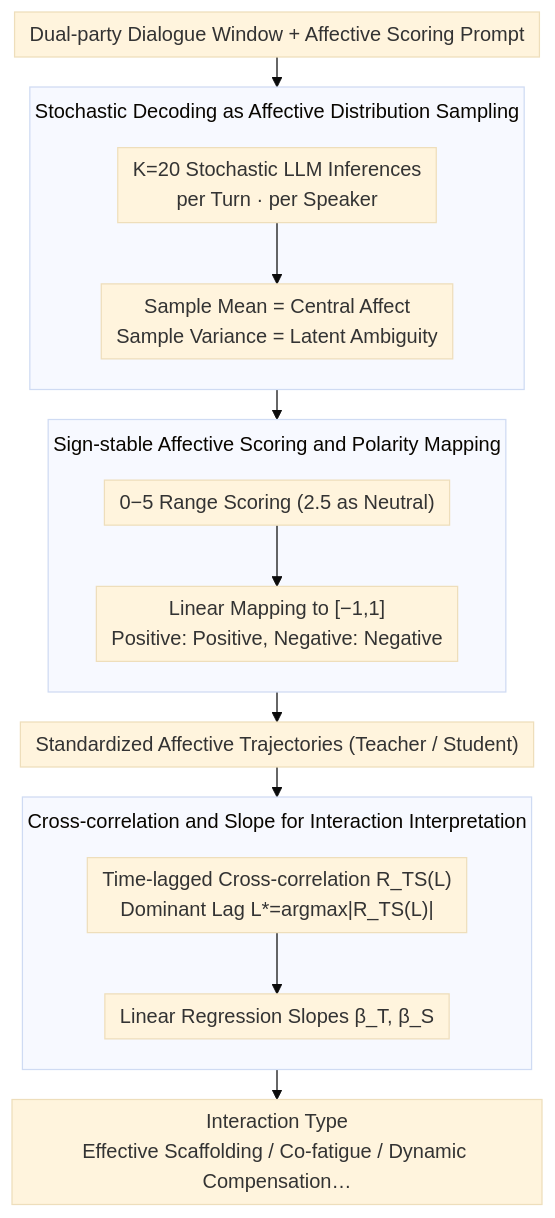
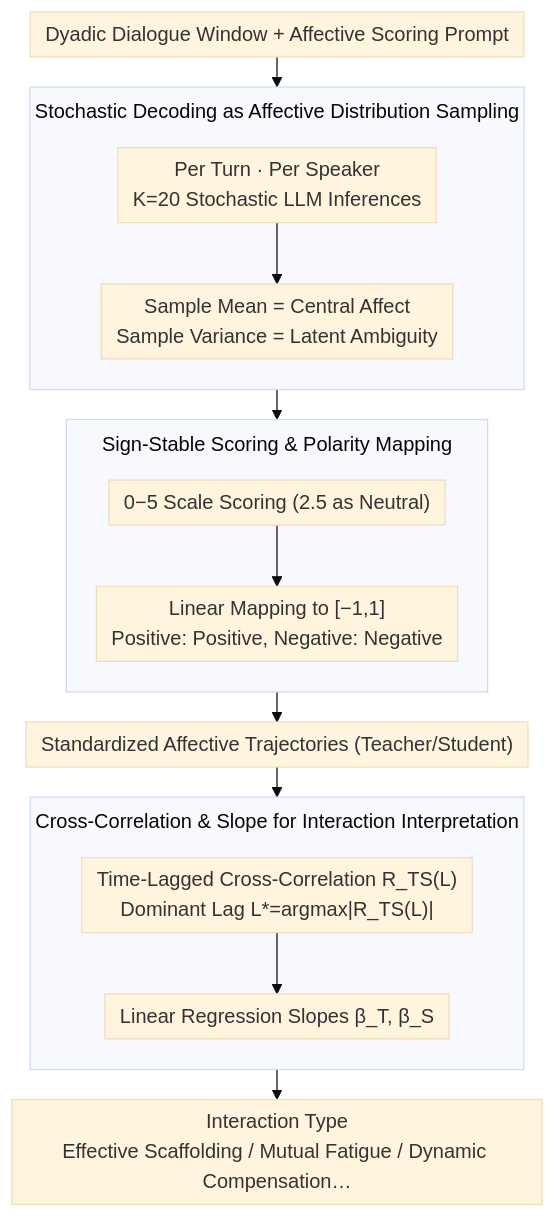
Before and after one commit to zhaoyang97/Paper-Notes-en: the diagram in docs/ACL2026/audio_speech/llm-mc-affect_llm-based_monte_carlo_modeling_of_affective_trajectories_and_laten.md, drawn with Mermaid (base theme). The commit also changed other lines of this file and 5084 other files, not shown here.

````diff
--- a/docs/ACL2026/audio_speech/llm-mc-affect_llm-based_monte_carlo_modeling_of_affective_trajectories_and_laten.md
+++ b/docs/ACL2026/audio_speech/llm-mc-affect_llm-based_monte_carlo_modeling_of_affective_trajectories_and_laten.md
@@ -44,21 +44,21 @@
 ```mermaid
 %%{init: {'flowchart': {'rankSpacing': 24, 'nodeSpacing': 28, 'padding': 6, 'wrappingWidth': 400, 'subGraphTitleMargin': {'top': 8, 'bottom': 16}}}}%%
 flowchart TD
-    A["Dual-party Dialogue Window + Affective Scoring Prompt"] --> S1
+    A["Dyadic Dialogue Window + Affective Scoring Prompt"] --> S1
     subgraph S1["Stochastic Decoding as Affective Distribution Sampling"]
         direction TB
-        B["K=20 Stochastic LLM Inferences<br/>per Turn · per Speaker"] --> C["Sample Mean = Central Affect<br/>Sample Variance = Latent Ambiguity"]
+        B["Per Turn · Per Speaker<br/>K=20 Stochastic LLM Inferences"] --> C["Sample Mean = Central Affect<br/>Sample Variance = Latent Ambiguity"]
     end
     S1 --> S2
-    subgraph S2["Sign-stable Affective Scoring and Polarity Mapping"]
+    subgraph S2["Sign-Stable Scoring & Polarity Mapping"]
         direction TB
-        D["0−5 Range Scoring (2.5 as Neutral)"] --> E["Linear Mapping to [−1,1]<br/>Positive: Positive, Negative: Negative"]
+        D["0−5 Scale Scoring (2.5 as Neutral)"] --> E["Linear Mapping to [−1,1]<br/>Positive: Positive, Negative: Negative"]
     end
-    S2 --> F["Standardized Affective Trajectories (Teacher / Student)"]
+    S2 --> F["Standardized Affective Trajectories (Teacher/Student)"]
     F --> S3
-    subgraph S3["Cross-correlation and Slope for Interaction Interpretation"]
+    subgraph S3["Cross-Correlation & Slope for Interaction Interpretation"]
         direction TB
-        G["Time-lagged Cross-correlation R_TS(L)<br/>Dominant Lag L*=argmax|R_TS(L)|"] --> H["Linear Regression Slopes β_T, β_S"]
+        G["Time-Lagged Cross-Correlation R_TS(L)<br/>Dominant Lag L*=argmax|R_TS(L)|"] --> H["Linear Regression Slopes β_T, β_S"]
     end
-    S3 --> I["Interaction Type<br/>Effective Scaffolding / Co-fatigue / Dynamic Compensation…"]
+    S3 --> I["Interaction Type<br/>Effective Scaffolding / Mutual Fatigue / Dynamic Compensation…"]
 ```
````
